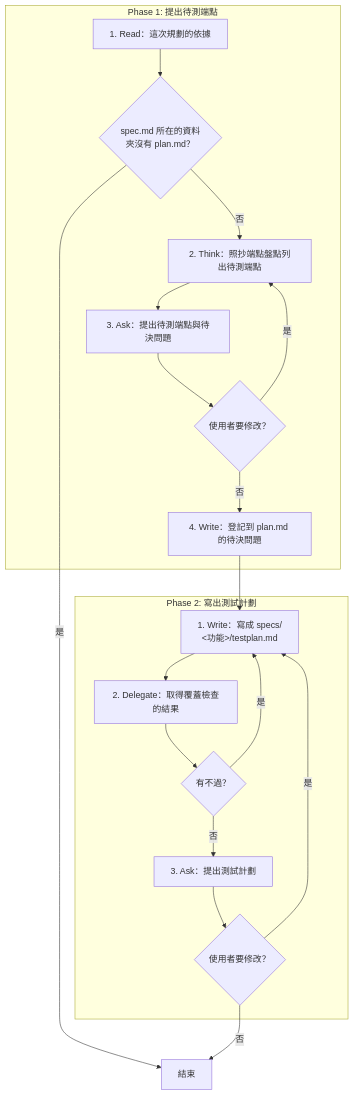
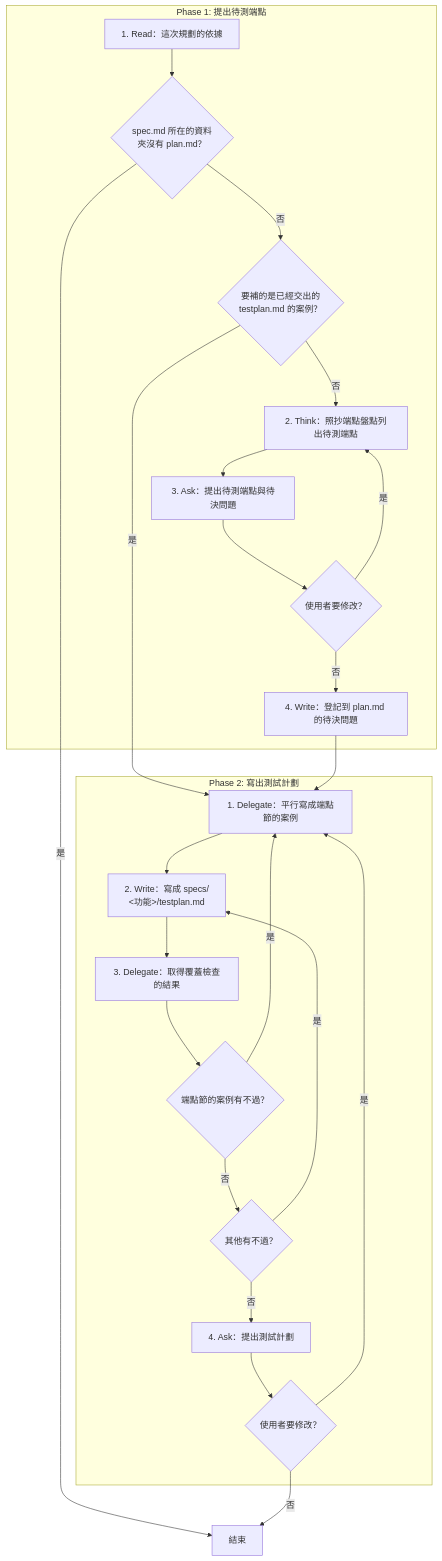
One commit to AI-x-BDD/BDGG-Dev-Skills changed the diagram in .agents/skills/testplan/SKILL.md. Above: the diagram before and after it, drawn with Mermaid. The commit also changed other lines of this file and 13 other files, not shown here.

````diff
--- a/.agents/skills/testplan/SKILL.md
+++ b/.agents/skills/testplan/SKILL.md
@@ -22,34 +23,42 @@
 ```mermaid
 flowchart TD
     subgraph P1["Phase 1: 提出待測端點"]
         P1S1["1. Read：這次規劃的依據"]
         G_P1S1_1{"spec.md 所在的資料<br/>夾沒有 plan.md？"}
+        G_P1S1_2{"要補的是已經交出的<br/>testplan.md 的案例？"}
         P1S2["2. Think：照抄端點盤點列出待測端點"]
         P1S3["3. Ask：提出待測端點與待決問題"]
         G_P1S3_1{"使用者要修改？"}
         P1S4["4. Write：登記到 plan.md 的待決問題"]
     end
     subgraph P2["Phase 2: 寫出測試計劃"]
-        P2S1["1. Write：寫成 specs/<br/>&lt;功能&gt;/testplan.md"]
-        P2S2["2. Delegate：取得覆蓋檢查的結果"]
-        G_P2S2_1{"有不過？"}
-        P2S3["3. Ask：提出測試計劃"]
-        G_P2S3_1{"使用者要修改？"}
+        P2S1["1. Delegate：平行寫成端點節的案例"]
+        P2S2["2. Write：寫成 specs/<br/>&lt;功能&gt;/testplan.md"]
+        P2S3["3. Delegate：取得覆蓋檢查的結果"]
+        G_P2S3_1{"端點節的案例有不過？"}
+        G_P2S3_2{"其他有不過？"}
+        P2S4["4. Ask：提出測試計劃"]
+        G_P2S4_1{"使用者要修改？"}
     end
     End["結束"]
     P1S1 --> G_P1S1_1
     G_P1S1_1 -->|是| End
-    G_P1S1_1 -->|否| P1S2
+    G_P1S1_1 -->|否| G_P1S1_2
+    G_P1S1_2 -->|是| P2S1
+    G_P1S1_2 -->|否| P1S2
     P1S2 --> P1S3
     P1S3 --> G_P1S3_1
     G_P1S3_1 -->|是| P1S2
     G_P1S3_1 -->|否| P1S4
     P1S4 --> P2S1
     P2S1 --> P2S2
-    P2S2 --> G_P2S2_1
-    G_P2S2_1 -->|是| P2S1
-    G_P2S2_1 -->|否| P2S3
+    P2S2 --> P2S3
     P2S3 --> G_P2S3_1
     G_P2S3_1 -->|是| P2S1
-    G_P2S3_1 -->|否| End
+    G_P2S3_1 -->|否| G_P2S3_2
+    G_P2S3_2 -->|是| P2S2
+    G_P2S3_2 -->|否| P2S4
+    P2S4 --> G_P2S4_1
+    G_P2S4_1 -->|是| P2S1
+    G_P2S4_1 -->|否| End
 ```
````
